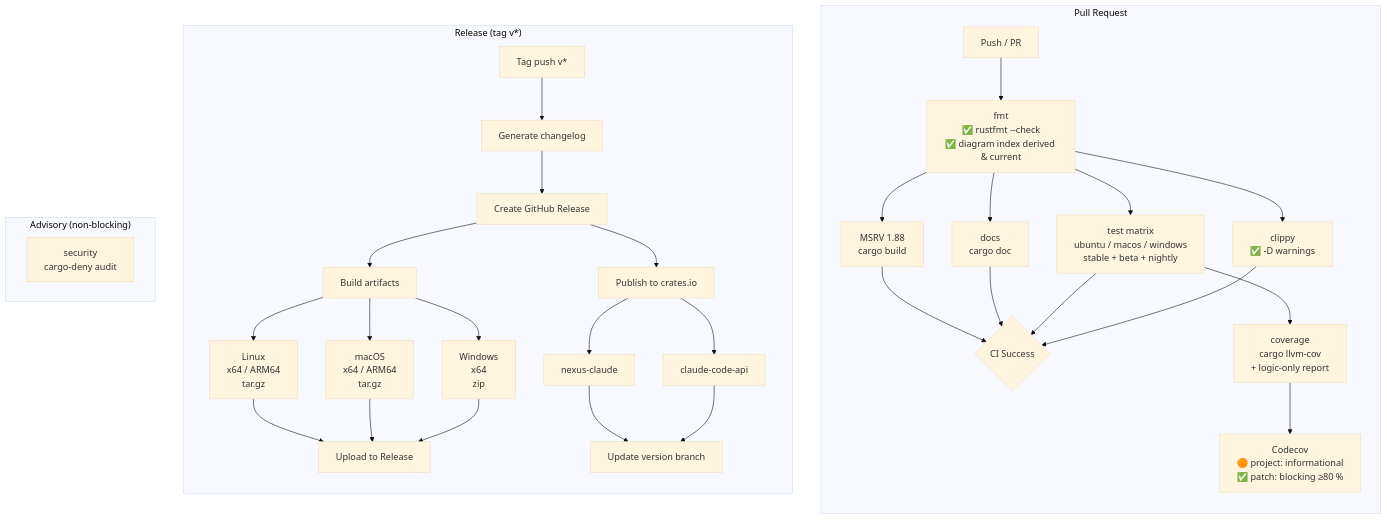
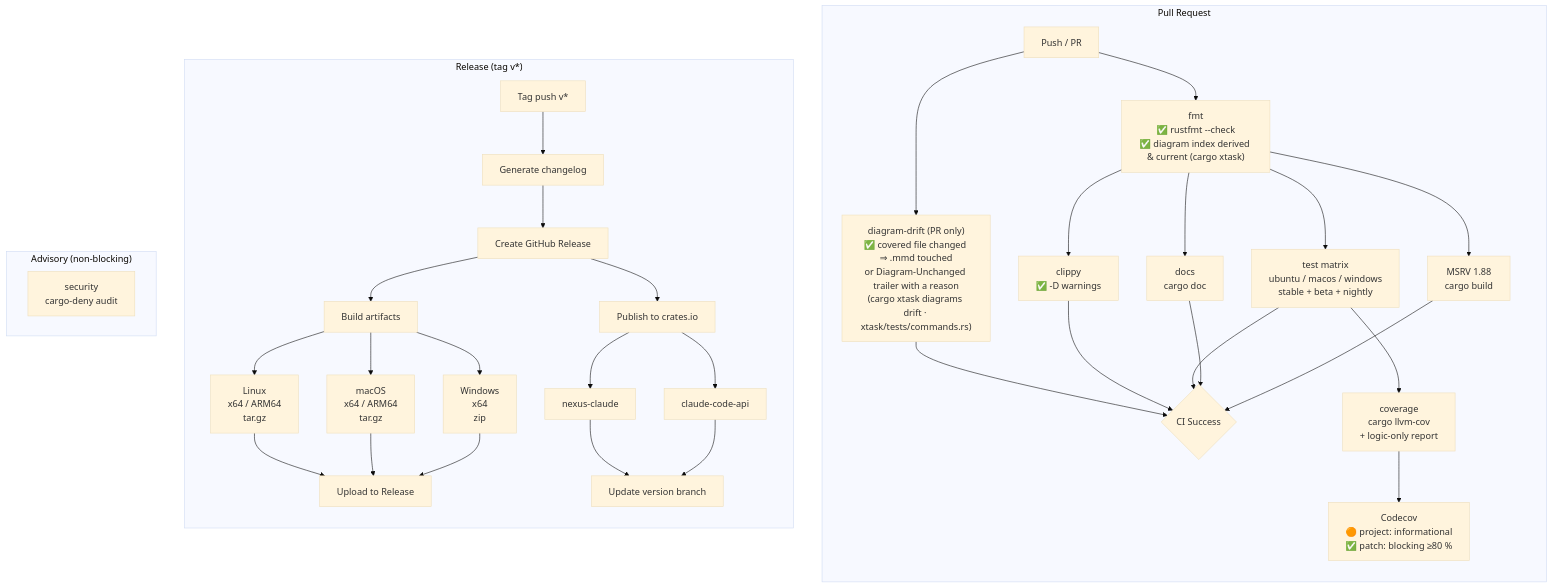
One commit to this-rs/nexus changed the diagram in docs/diagrams/nexus-ci-pipeline.mmd. Above: the diagram before and after it, drawn with Mermaid (base theme). The commit also changed 16 other files, not shown here.

First line of the commit message:
ci(diagrams): diagram index and drift gate in Rust (cargo xtask), no more Python (#64)

```diff
--- a/docs/diagrams/nexus-ci-pipeline.mmd
+++ b/docs/diagrams/nexus-ci-pipeline.mmd
@@ -1,44 +1,46 @@
 %% name: nexus-ci-pipeline
 %% covers: .github/workflows/ci.yml, .github/workflows/release.yml
-%% verified: 2026-10-02
+%% verified: 2026-10-03
 flowchart TD
     subgraph PR["Pull Request"]
         direction TB
         push[Push / PR] --> fmt
 
-        fmt["fmt\n✅ rustfmt --check\n✅ diagram index derived & current"]
+        fmt["fmt\n✅ rustfmt --check\n✅ diagram index derived & current (cargo xtask)"]
+        push --> drift["diagram-drift (PR only)\n✅ covered file changed ⇒ .mmd touched\nor Diagram-Unchanged trailer with a reason\n(cargo xtask diagrams drift · xtask/tests/commands.rs)"]
+        drift --> ok
         fmt --> clippy["clippy\n✅ -D warnings"]
         fmt --> test["test matrix\nubuntu / macos / windows\nstable + beta + nightly"]
         fmt --> docs["docs\ncargo doc"]
         fmt --> msrv["MSRV 1.88\ncargo build"]
 
         clippy --> ok{CI Success}
         test --> ok
         docs --> ok
         msrv --> ok
 
         test --> cov["coverage\ncargo llvm-cov\n+ logic-only report"]
         cov --> cc["Codecov\n🟠 project: informational\n✅ patch: blocking ≥80 %"]
     end
 
     subgraph REL["Release (tag v*)"]
         direction TB
         tag[Tag push v*] --> changelog[Generate changelog]
         changelog --> ghrel[Create GitHub Release]
         ghrel --> build[Build artifacts]
 
         build --> linux["Linux\nx64 / ARM64\ntar.gz"]
         build --> macos["macOS\nx64 / ARM64\ntar.gz"]
         build --> win["Windows\nx64\nzip"]
 
         linux & macos & win --> upload[Upload to Release]
 
         ghrel --> pub[Publish to crates.io]
         pub --> sdk[nexus-claude]
         pub --> api[claude-code-api]
         sdk & api --> vbranch[Update version branch]
     end
 
     subgraph ADV["Advisory (non-blocking)"]
         security["security\ncargo-deny audit"]
     end
```
